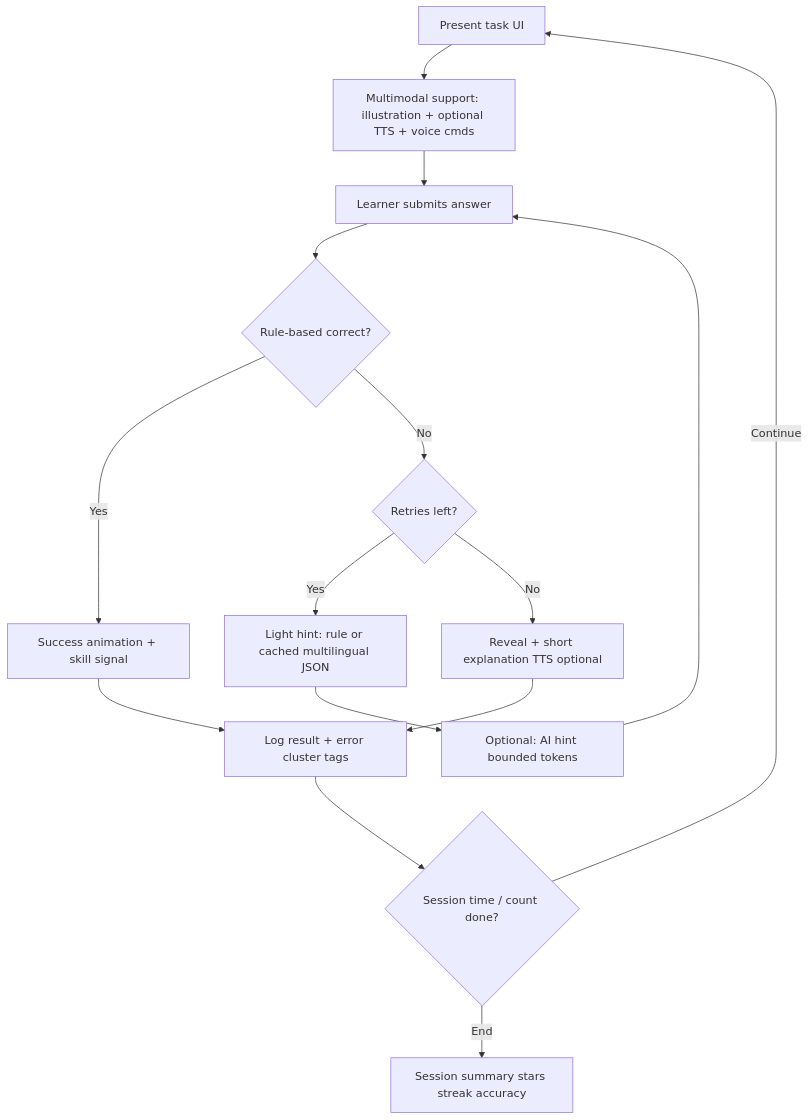
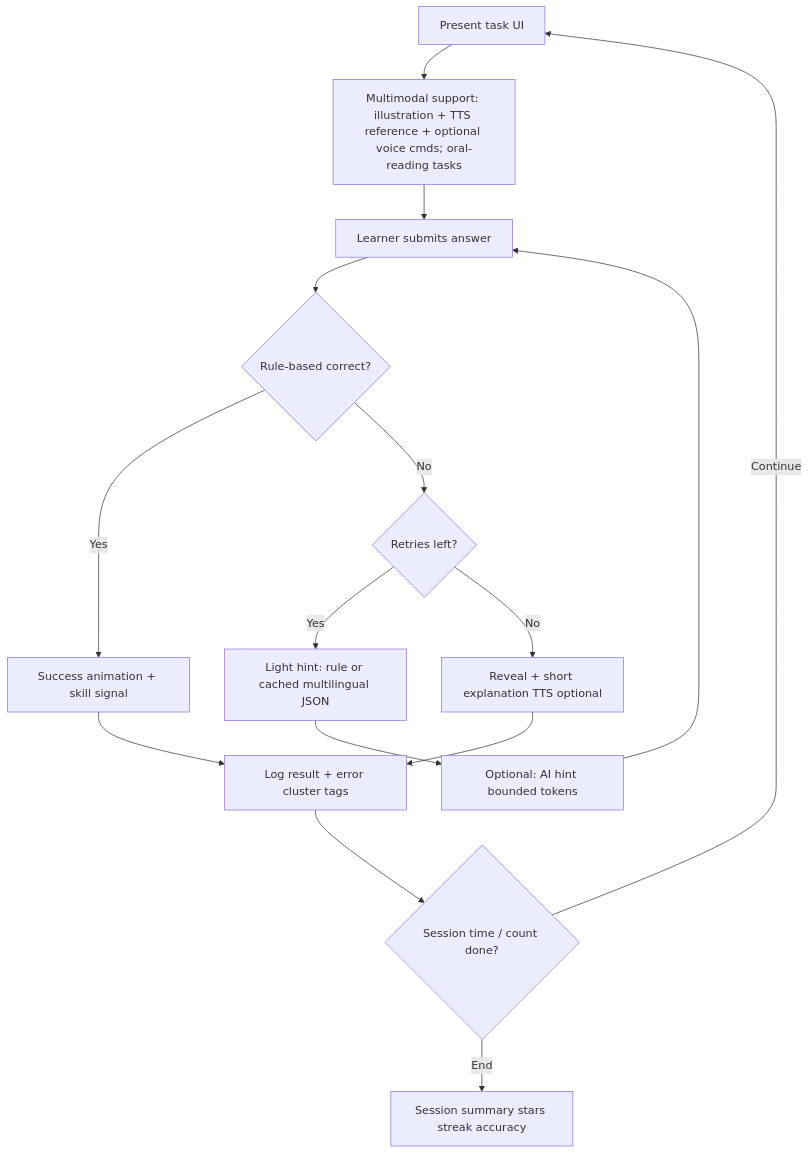
Before and after one commit to makhosi6/ikamva_lam: the third of 8 diagrams in design.md, drawn with Mermaid. The commit also changed other lines of this file and 27 other files, not shown here.

````diff
--- a/design.md
+++ b/design.md
@@ -58,17 +60,17 @@
 ```mermaid
 flowchart TD
-  N[Present task UI] --> P[Multimodal support: illustration + optional TTS + voice cmds]
+  N[Present task UI] --> P[Multimodal support: illustration + TTS reference + optional voice cmds; oral-reading tasks]
   P --> Q[Learner submits answer]
   Q --> R{Rule-based correct?}
   R -->|Yes| S[Success animation + skill signal]
   R -->|No| T{Retries left?}
   T -->|Yes| U[Light hint: rule or cached multilingual JSON]
   T -->|No| V[Reveal + short explanation TTS optional]
   U --> W[Optional: AI hint bounded tokens]
   W --> Q
   V --> X[Log result + error cluster tags]
   S --> X
   X --> Y{Session time / count done?}
   Y -->|Continue| N
   Y -->|End| Z[Session summary stars streak accuracy]
 ```
````
